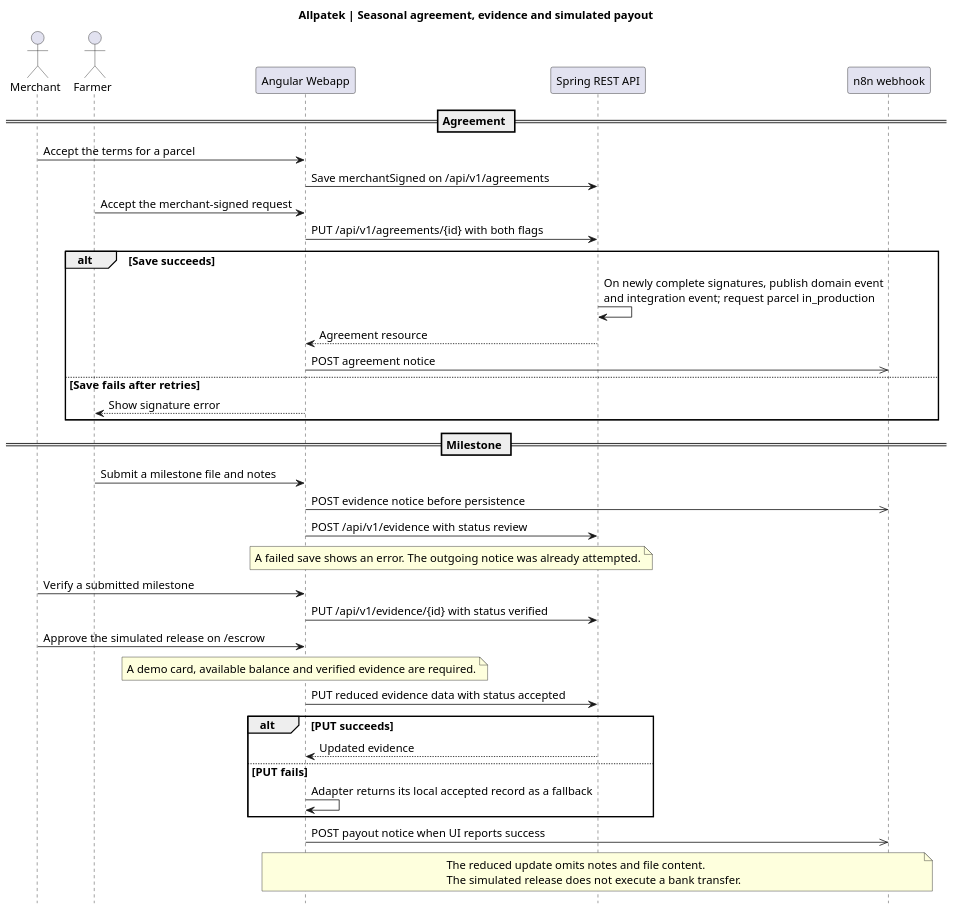
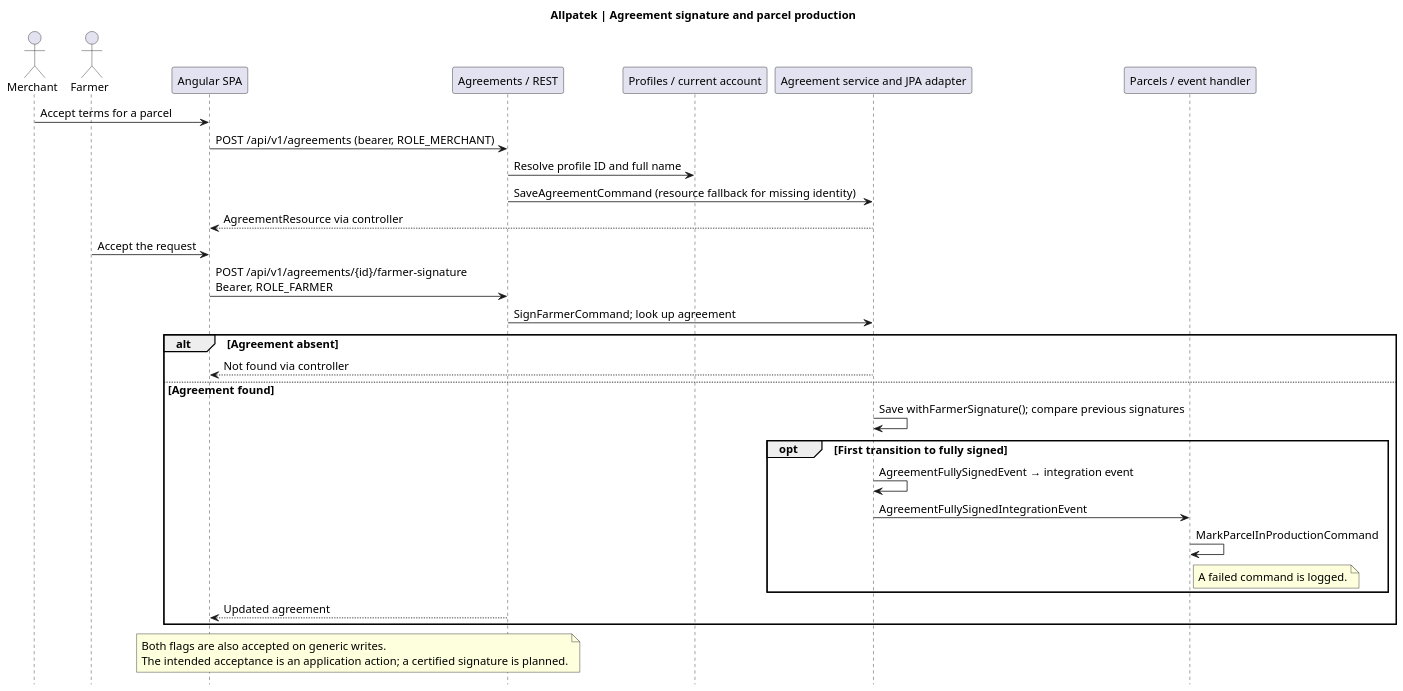
One commit to upc-pre-202620-1asi0729-7753-Terranova/allpatek-report changed the diagram in assets/chapter-04/architecture/18-flow-agreement-evidence.puml. Above: the diagram before and after it, drawn with PlantUML. The commit also changed 3 other files, not shown here.

Commit message:
docs(flows): trace the authenticated seasonal agreement signature

```diff
--- a/assets/chapter-04/architecture/18-flow-agreement-evidence.puml
+++ b/assets/chapter-04/architecture/18-flow-agreement-evidence.puml
@@ -1,44 +1,37 @@
 @startuml
-title Allpatek | Seasonal agreement, evidence and simulated payout
-skinparam shadowing false
+skinparam backgroundColor white
 skinparam defaultFontName SansSerif
 skinparam defaultFontSize 14
+skinparam shadowing false
 skinparam dpi 120
 hide footbox
+title Allpatek | Agreement signature and parcel production
 actor Merchant
 actor Farmer
-participant "Angular Webapp" as Web
-participant "Spring REST API" as Api
-participant "n8n webhook" as N8n
-
-== Agreement ==
-Merchant -> Web : Accept the terms for a parcel
-Web -> Api : Save merchantSigned on /api/v1/agreements
-Farmer -> Web : Accept the merchant-signed request
-Web -> Api : PUT /api/v1/agreements/{id} with both flags
-alt Save succeeds
-  Api -> Api : On newly complete signatures, publish domain event\nand integration event; request parcel in_production
-  Api --> Web : Agreement resource
-  Web ->> N8n : POST agreement notice
-else Save fails after retries
-  Web --> Farmer : Show signature error
+participant "Angular SPA" as Web
+participant "Agreements / REST" as Rest
+participant "Profiles / current account" as Acct
+participant "Agreement service and JPA adapter" as Repo
+participant "Parcels / event handler" as Parcels
+Merchant -> Web : Accept terms for a parcel
+Web -> Rest : POST /api/v1/agreements (bearer, ROLE_MERCHANT)
+Rest -> Acct : Resolve profile ID and full name
+Rest -> Repo : SaveAgreementCommand (resource fallback for missing identity)
+Repo --> Web : AgreementResource via controller
+Farmer -> Web : Accept the request
+Web -> Rest : POST /api/v1/agreements/{id}/farmer-signature\nBearer, ROLE_FARMER
+Rest -> Repo : SignFarmerCommand; look up agreement
+alt Agreement absent
+  Repo --> Web : Not found via controller
+else Agreement found
+  Repo -> Repo : Save withFarmerSignature(); compare previous signatures
+  opt First transition to fully signed
+    Repo -> Repo : AgreementFullySignedEvent → integration event
+    Repo -> Parcels : AgreementFullySignedIntegrationEvent
+    Parcels -> Parcels : MarkParcelInProductionCommand
+    note right of Parcels : A failed command is logged.
+  end
+  Rest --> Web : Updated agreement
 end
-
-== Milestone ==
-Farmer -> Web : Submit a milestone file and notes
-Web ->> N8n : POST evidence notice before persistence
-Web -> Api : POST /api/v1/evidence with status review
-note over Web,Api : A failed save shows an error. The outgoing notice was already attempted.
-Merchant -> Web : Verify a submitted milestone
-Web -> Api : PUT /api/v1/evidence/{id} with status verified
-Merchant -> Web : Approve the simulated release on /escrow
-note over Web : A demo card, available balance and verified evidence are required.
-Web -> Api : PUT reduced evidence data with status accepted
-alt PUT succeeds
-  Api --> Web : Updated evidence
-else PUT fails
-  Web -> Web : Adapter returns its local accepted record as a fallback
-end
-Web ->> N8n : POST payout notice when UI reports success
-note over Web,N8n : The reduced update omits notes and file content.\nThe simulated release does not execute a bank transfer.
+note over Web,Rest : Both flags are also accepted on generic writes.\nThe intended acceptance is an application action; a certified signature is planned.
 @enduml
```
